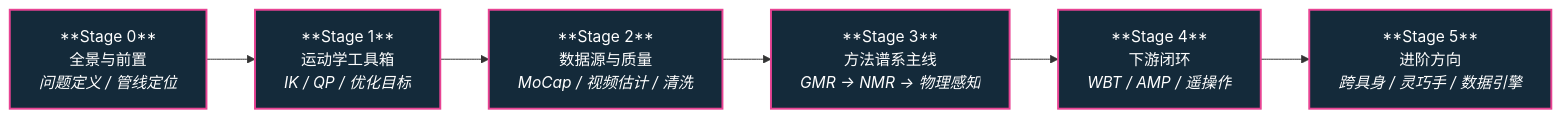
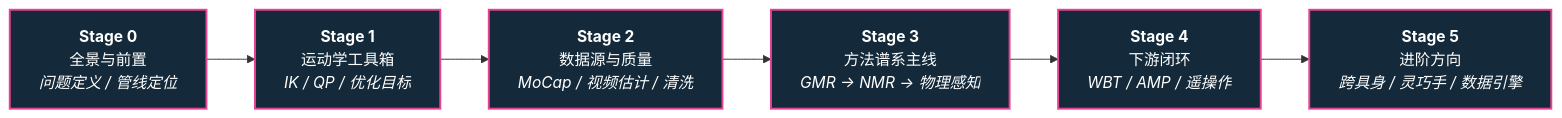
One commit to ImChong/Robotics_Notebooks changed the diagram in roadmap/depth-motion-retargeting.md. Above: the diagram before and after it, drawn with Mermaid. The commit also changed 27 other files, not shown here.

First line of the commit message:
fix(ux): 修复纵深路线一览 Mermaid 节点 ** 原样显示

````diff
--- a/roadmap/depth-motion-retargeting.md
+++ b/roadmap/depth-motion-retargeting.md
@@ -7,14 +7,14 @@
 ```mermaid
 flowchart LR
-  S0["**Stage 0**<br/>全景与前置<br/><em>问题定义 / 管线定位</em>"]
-  S1["**Stage 1**<br/>运动学工具箱<br/><em>IK / QP / 优化目标</em>"]
-  S2["**Stage 2**<br/>数据源与质量<br/><em>MoCap / 视频估计 / 清洗</em>"]
-  S3["**Stage 3**<br/>方法谱系主线<br/><em>GMR → NMR → 物理感知</em>"]
-  S4["**Stage 4**<br/>下游闭环<br/><em>WBT / AMP / 遥操作</em>"]
-  S5["**Stage 5**<br/>进阶方向<br/><em>跨具身 / 灵巧手 / 数据引擎</em>"]
+  S0["<b>Stage 0</b><br/>全景与前置<br/><em>问题定义 / 管线定位</em>"]
+  S1["<b>Stage 1</b><br/>运动学工具箱<br/><em>IK / QP / 优化目标</em>"]
+  S2["<b>Stage 2</b><br/>数据源与质量<br/><em>MoCap / 视频估计 / 清洗</em>"]
+  S3["<b>Stage 3</b><br/>方法谱系主线<br/><em>GMR → NMR → 物理感知</em>"]
+  S4["<b>Stage 4</b><br/>下游闭环<br/><em>WBT / AMP / 遥操作</em>"]
+  S5["<b>Stage 5</b><br/>进阶方向<br/><em>跨具身 / 灵巧手 / 数据引擎</em>"]
 
   S0 --> S1 --> S2 --> S3 --> S4 --> S5
 
   classDef stage fill:#142a3a,stroke:#e84393,stroke-width:2px,color:#fff
   class S0,S1,S2,S3,S4,S5 stage
 ```
````
